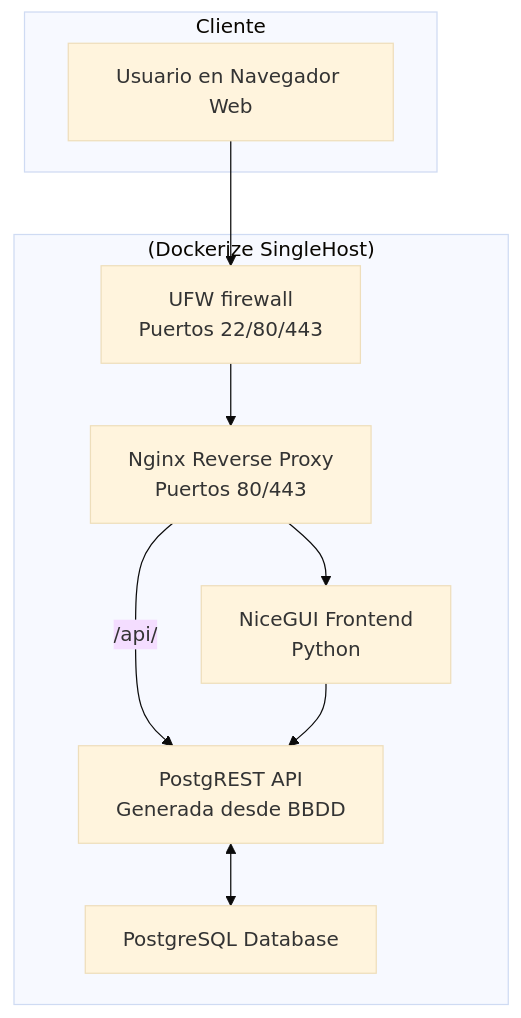
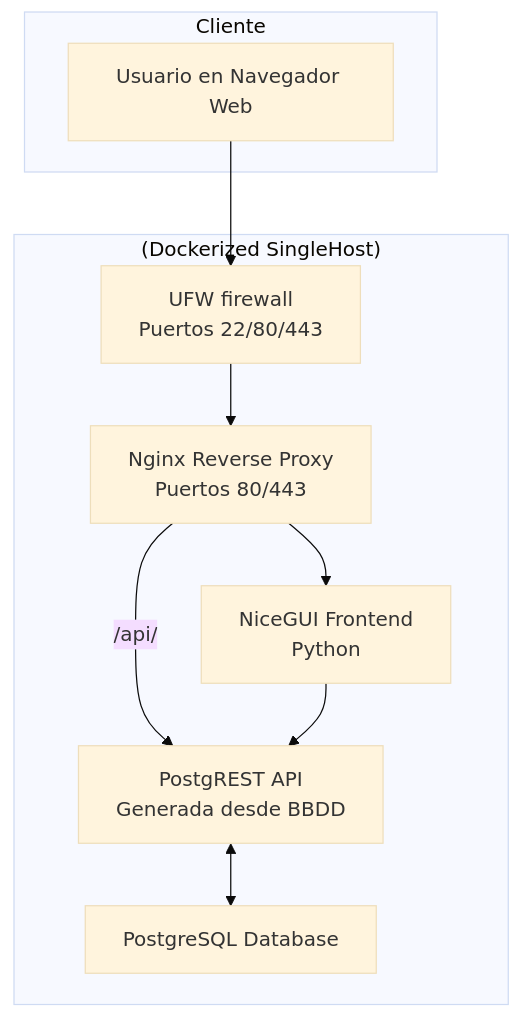
One commit to maiktreya/tenantsUnion changed the diagram in readme.md. Above: the diagram before and after it, drawn with Mermaid (base theme).

````diff
--- a/readme.md
+++ b/readme.md
@@ -12,21 +12,21 @@
 ```mermaid
 graph TD
     subgraph "Cliente"
         A[Usuario en Navegador Web]
     end
 
-    subgraph "(Dockerize SingleHost)"
+    subgraph "(Dockerized SingleHost)"
         B[UFW firewall <br> Puertos 22/80/443]
         C[Nginx Reverse Proxy <br> Puertos 80/443]
         D[NiceGUI Frontend <br> Python]
         E[PostgREST API <br> Generada desde BBDD]
         F[PostgreSQL Database]
     end
 
     A --> B
     B --> C
     C --> D
     C --"/api/"--> E
     D --> E
     E <--> F
 ```
````
